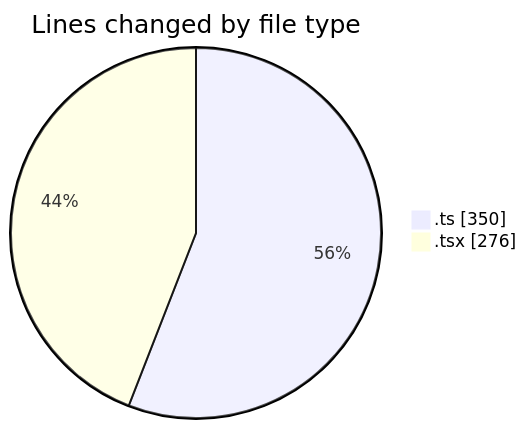
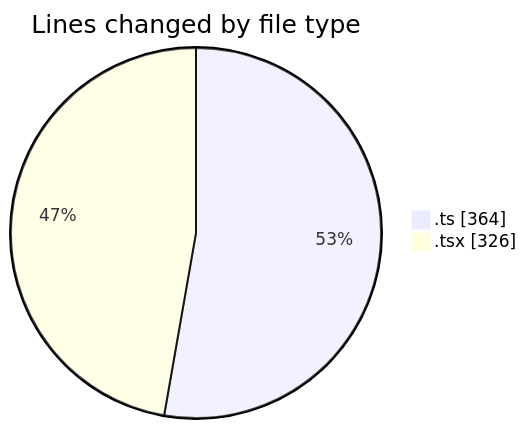
The first of 2 diagrams in 2025-09-02/cda/README.md (momahboobian/code-tracking), drawn with Mermaid before and after one commit. The commit also changed other lines of this file and 1 other file, not shown here.

````diff
--- a/2025-09-02/cda/README.md
+++ b/2025-09-02/cda/README.md
@@ -23,6 +27,6 @@
 ```mermaid
 pie showData
 title Lines changed by file type
-".ts" : 350
-".tsx" : 276
+".ts" : 364
+".tsx" : 326
 ```
````
